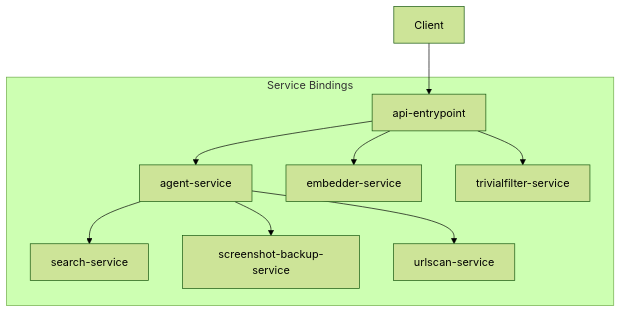
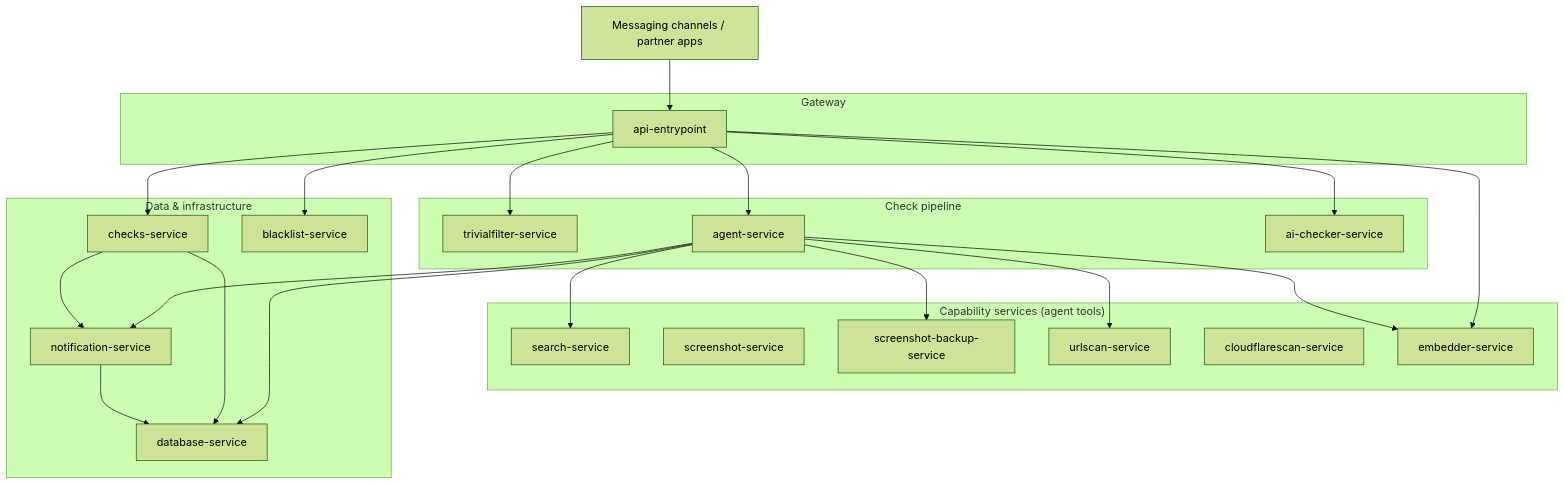
Before and after one commit to checkmate-sg/ai-monorepo: the diagram in README.md, drawn with Mermaid (forest theme). The commit also changed other lines of this file and 1 other file, not shown here.

````diff
--- a/README.md
+++ b/README.md
@@ -7,22 +59,49 @@
 ```mermaid
 graph TD
-    Client[Client] --> API[api-entrypoint]
+    Client[Messaging channels / partner apps]
 
-    API --> Agent[agent-service]
-    API --> Embedder[embedder-service]
-    API --> TrivialFilter[trivialfilter-service]
+    subgraph Gateway
+      API[api-entrypoint]
+    end
 
-    Agent --> Search[search-service]
-    Agent --> Screenshot[screenshot-backup-service]
-    Agent --> URLScan[urlscan-service]
+    subgraph "Check pipeline"
+      Trivial[trivialfilter-service]
+      Agent[agent-service]
+      AICheck[ai-checker-service]
+    end
 
-    subgraph "Service Bindings"
-        API
-        Agent
-        Embedder
-        TrivialFilter
-        Search
-        Screenshot
-        URLScan
+    subgraph "Capability services (agent tools)"
+      Search[search-service]
+      Shot[screenshot-service]
+      ShotBackup[screenshot-backup-service]
+      URLScan[urlscan-service]
+      CFScan[cloudflarescan-service]
+      Embed[embedder-service]
     end
+
+    subgraph "Data & infrastructure"
+      DB[database-service]
+      Checks[checks-service]
+      Blacklist[blacklist-service]
+      Notify[notification-service]
+    end
+
+    Client --> API
+    API --> Trivial
+    API --> Agent
+    API --> AICheck
+    API --> Embed
+    API --> Blacklist
+    API --> Checks
+
+    Agent --> Search
+    Agent --> ShotBackup
+    Agent --> URLScan
+    Agent --> Embed
+    Agent --> DB
+    Agent --> Notify
+
+    Checks --> DB
+    Checks --> Notify
+    Notify --> DB
 ```
````
